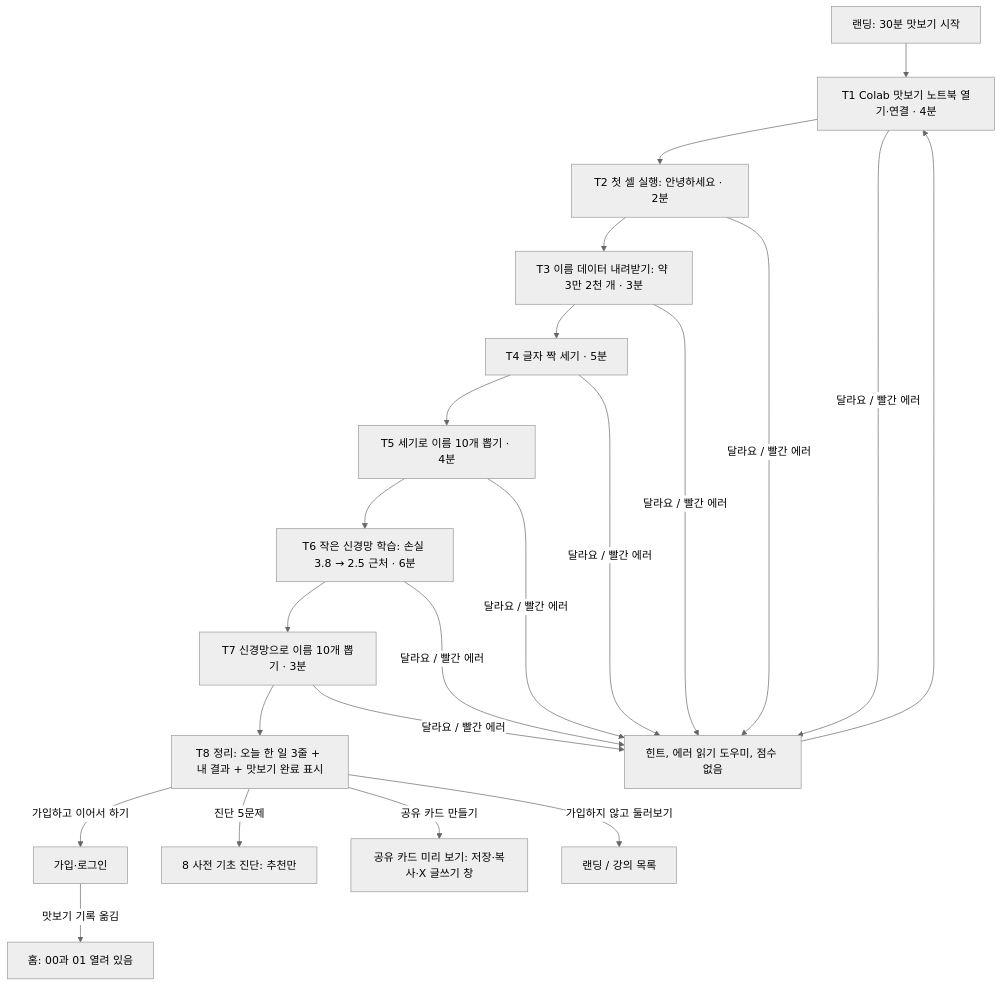
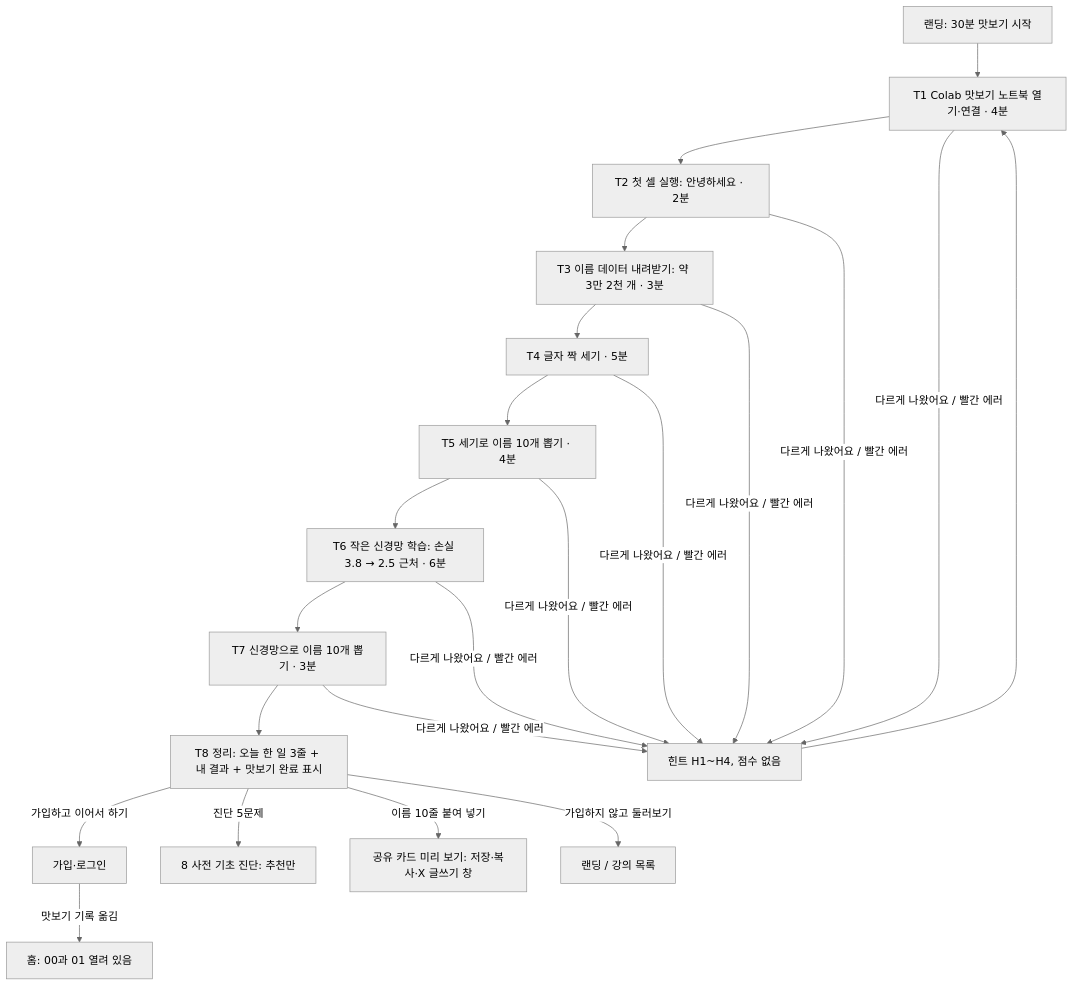
The second of 5 diagrams in inputs/design/flow.md (blazethrottle/z2h-ko), drawn with Mermaid (neutral theme) before and after one commit. The commit also changed other lines of this file and 56 other files, not shown here.

````diff
--- a/inputs/design/flow.md
+++ b/inputs/design/flow.md
@@ -126,18 +127,18 @@
 ```mermaid
 flowchart TD
     L[랜딩: 30분 맛보기 시작] --> T1[T1 Colab 맛보기 노트북 열기·연결 · 4분]
     T1 --> T2[T2 첫 셀 실행: 안녕하세요 · 2분]
     T2 --> T3[T3 이름 데이터 내려받기: 약 3만 2천 개 · 3분]
     T3 --> T4[T4 글자 짝 세기 · 5분]
     T4 --> T5[T5 세기로 이름 10개 뽑기 · 4분]
     T5 --> T6[T6 작은 신경망 학습: 손실 3.8 → 2.5 근처 · 6분]
     T6 --> T7[T7 신경망으로 이름 10개 뽑기 · 3분]
     T7 --> T8[T8 정리: 오늘 한 일 3줄 + 내 결과 + 맛보기 완료 표시]
-    T1 & T2 & T3 & T4 & T5 & T6 & T7 -- 달라요 / 빨간 에러 --> HN[힌트, 에러 읽기 도우미, 점수 없음]
+    T1 & T2 & T3 & T4 & T5 & T6 & T7 -- 다르게 나왔어요 / 빨간 에러 --> HN[힌트 H1~H4, 점수 없음]
     HN --> T1
     T8 -- 가입하고 이어서 하기 --> AU[가입·로그인]
     T8 -- 진단 5문제 --> DG[8 사전 기초 진단: 추천만]
-    T8 -- 공유 카드 만들기 --> SC[공유 카드 미리 보기: 저장·복사·X 글쓰기 창]
+    T8 -- 이름 10줄 붙여 넣기 --> SC[공유 카드 미리 보기: 저장·복사·X 글쓰기 창]
     T8 -- 가입하지 않고 둘러보기 --> LP[랜딩 / 강의 목록]
     AU -- 맛보기 기록 옮김 --> HM[홈: 00과 01 열려 있음]
 ```
````
